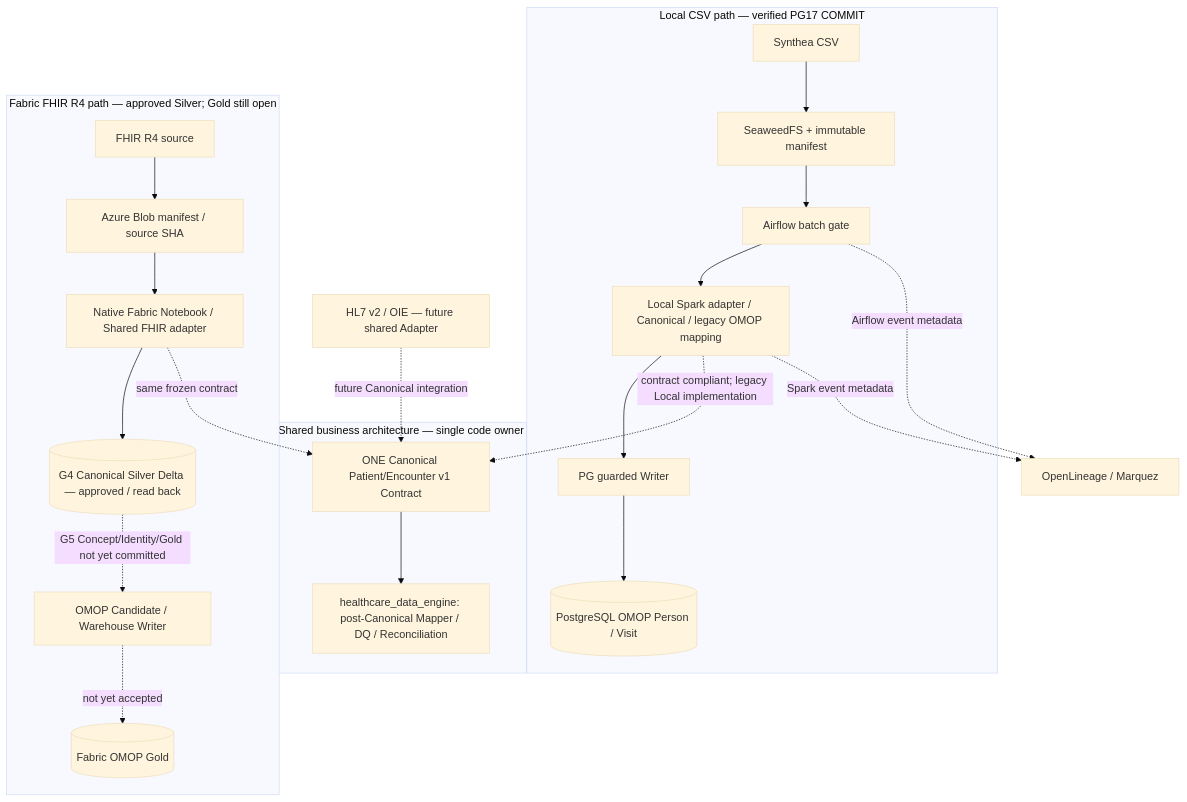
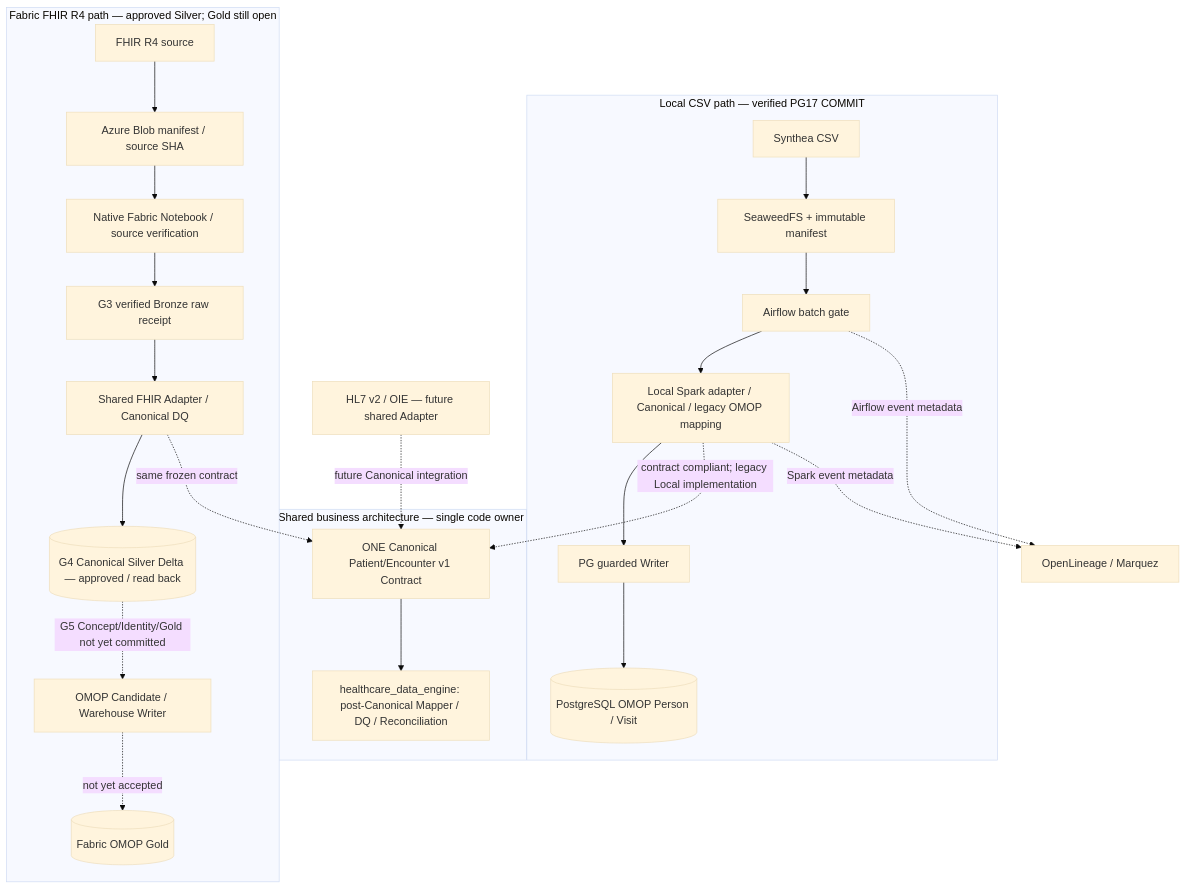
One commit to JohnZhang-DataForge/healthcare-data-platform changed the diagram in README.md. Above: the diagram before and after it, drawn with Mermaid (base theme).

Commit message:
docs: correct Bronze-before-Canonical and immutable history reference

````diff
--- a/README.md
+++ b/README.md
@@ -49,28 +49,28 @@
 ```mermaid
 flowchart TB
     subgraph LOCAL["Local CSV path — verified PG17 COMMIT"]
         CSV["Synthea CSV"] --> S3["SeaweedFS + immutable manifest"]
         S3 --> AF["Airflow batch gate"] --> LSP["Local Spark adapter / Canonical / legacy OMOP mapping"]
         LSP --> PGW["PG guarded Writer"] --> PG[("PostgreSQL OMOP Person / Visit")]
     end
 
     subgraph FABRIC["Fabric FHIR R4 path — approved Silver; Gold still open"]
         FHIR["FHIR R4 source"] --> BLOB["Azure Blob manifest / source SHA"]
-        BLOB --> NB["Native Fabric Notebook / Shared FHIR adapter"]
-        NB --> SILVER[("G4 Canonical Silver Delta — approved / read back")]
+        BLOB --> NB["Native Fabric Notebook / source verification"]
+        NB --> BRONZE["G3 verified Bronze raw receipt"] --> FAD["Shared FHIR Adapter / Canonical DQ"] --> SILVER[("G4 Canonical Silver Delta — approved / read back")]
         SILVER -. "G5 Concept/Identity/Gold not yet committed" .-> CAND["OMOP Candidate / Warehouse Writer"] 
         CAND -. "not yet accepted" .-> DW[("Fabric OMOP Gold")]
     end
 
     subgraph SHARED["Shared business architecture — single code owner"]
         CONTRACT["ONE Canonical Patient/Encounter v1 Contract"]
         ENGINE["healthcare_data_engine: post-Canonical Mapper / DQ / Reconciliation"]
         CONTRACT --> ENGINE
     end
 
     LSP -. "contract compliant; legacy Local implementation" .-> CONTRACT
-    NB -. "same frozen contract" .-> CONTRACT
+    FAD -. "same frozen contract" .-> CONTRACT
     AF -. "Airflow event metadata" .-> LINEAGE["OpenLineage / Marquez"]
     LSP -. "Spark event metadata" .-> LINEAGE
     HL7["HL7 v2 / OIE — future shared Adapter"] -. "future Canonical integration" .-> CONTRACT
 ```
````
